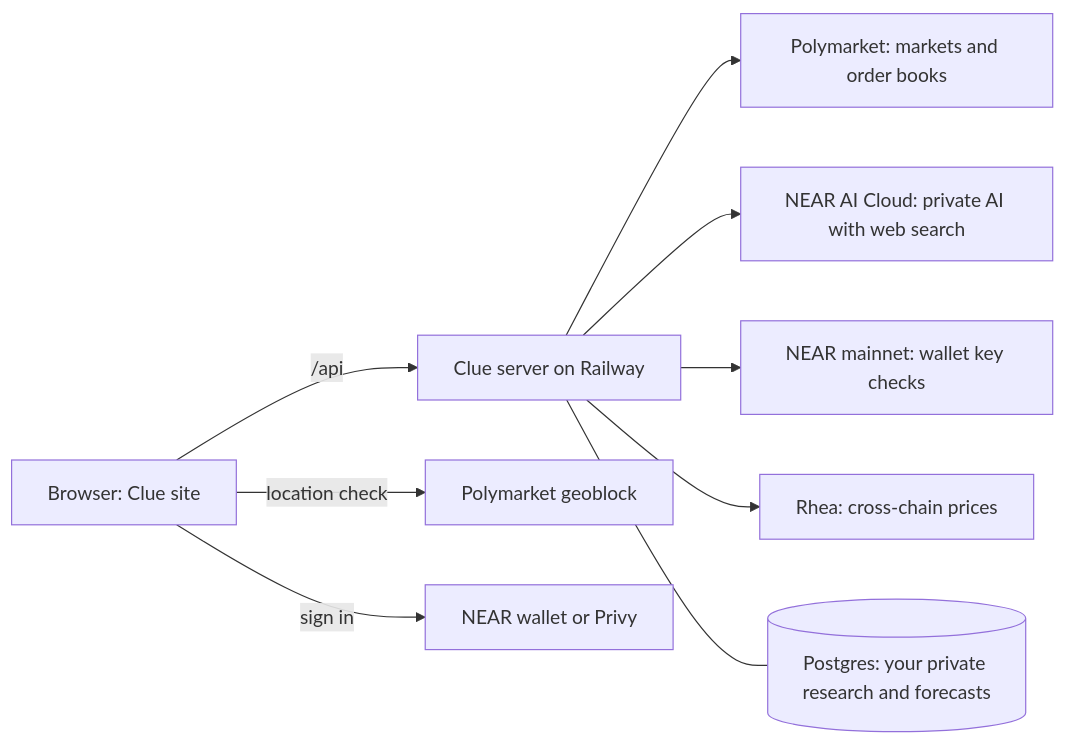
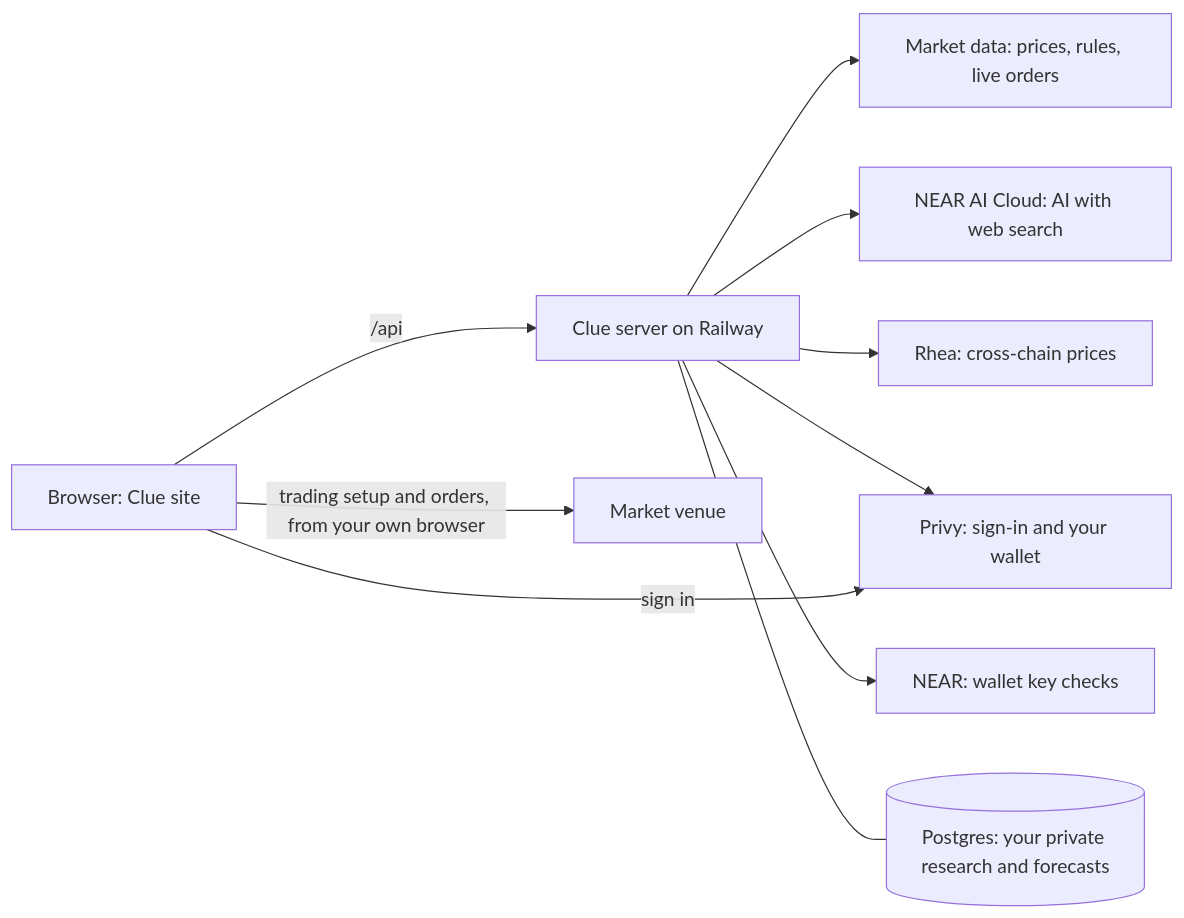
The diagram in README.md (majorlabs/cluemarket), drawn with Mermaid before and after one commit. The commit also changed other lines of this file and 9 other files, not shown here.

````diff
--- a/README.md
+++ b/README.md
@@ -127,11 +141,12 @@
 ```mermaid
 flowchart LR
   U[Browser: Clue site] -->|/api| S[Clue server on Railway]
-  S --> P[Polymarket: markets and order books]
-  S --> N[NEAR AI Cloud: private AI with web search]
-  S --> R[NEAR mainnet: wallet key checks]
-  S --> H[Rhea: cross-chain prices]
-  U -->|location check| G[Polymarket geoblock]
-  U -->|sign in| W[NEAR wallet or Privy]
+  S --> M[Market data: prices, rules, live orders]
+  S --> N[NEAR AI Cloud: AI with web search]
+  S --> R[Rhea: cross-chain prices]
+  S --> W[Privy: sign-in and your wallet]
+  S --> K[NEAR: wallet key checks]
+  U -->|trading setup and orders, from your own browser| M2[Market venue]
+  U -->|sign in| W
   S --- D[(Postgres: your private research and forecasts)]
 ```
````
